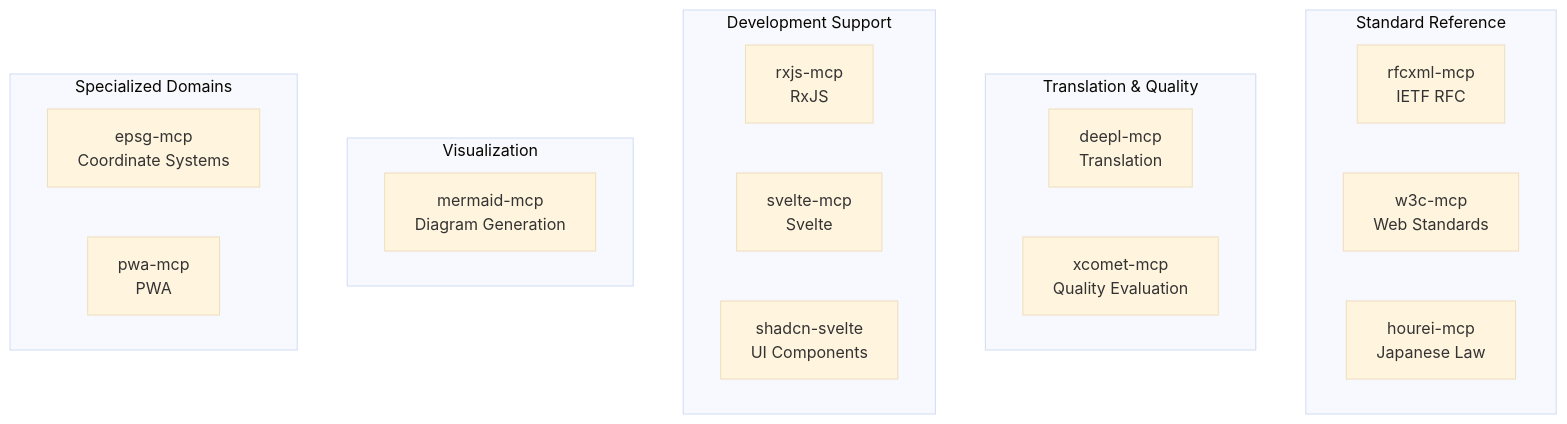
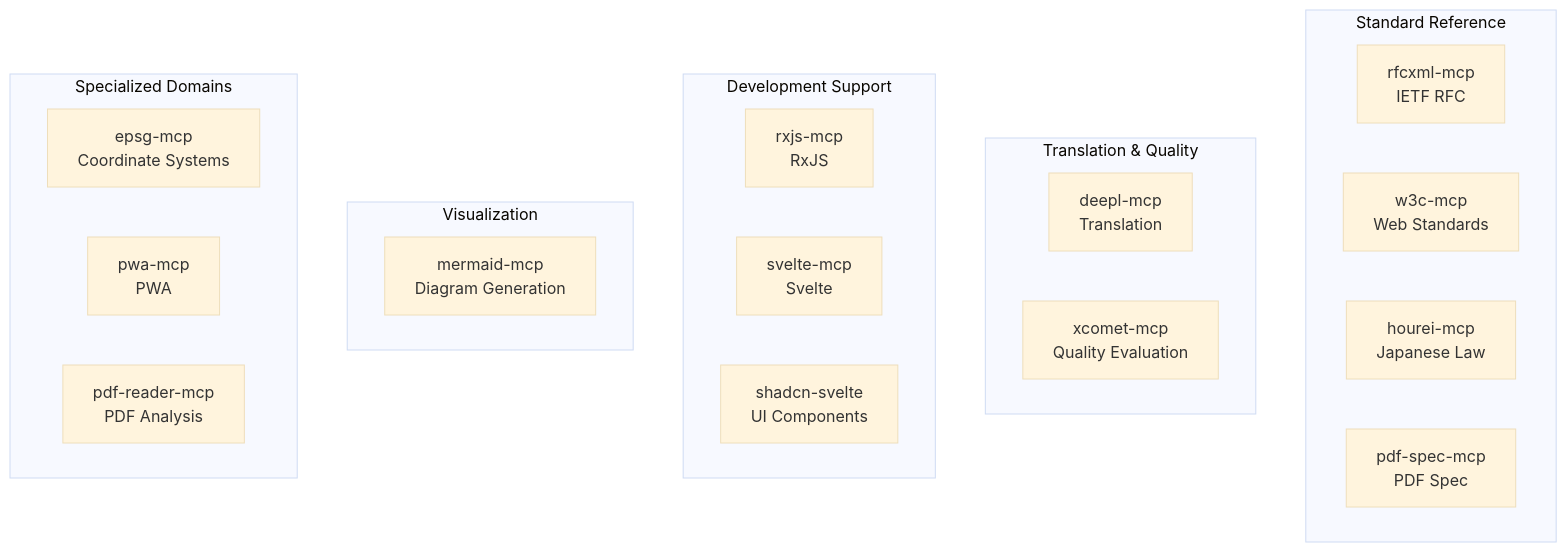
One commit to shuji-bonji/ai-agent-architecture changed the second of 5 diagrams in docs/mcp/catalog.md. Above: the diagram before and after it, drawn with Mermaid (base theme). The commit also changed other lines of this file and 7 other files, not shown here.

````diff
--- a/docs/mcp/catalog.md
+++ b/docs/mcp/catalog.md
@@ -215,28 +300,30 @@
 ```mermaid
 graph TB
     subgraph Standard Reference
         RFC[rfcxml-mcp<br/>IETF RFC]
         W3C[w3c-mcp<br/>Web Standards]
         LAW[hourei-mcp<br/>Japanese Law]
+        PDFSPEC[pdf-spec-mcp<br/>PDF Spec]
     end
 
     subgraph "Translation & Quality"
         DEEPL[deepl-mcp<br/>Translation]
         XCOMET[xcomet-mcp<br/>Quality Evaluation]
     end
 
     subgraph Development Support
         RXJS[rxjs-mcp<br/>RxJS]
         SVELTE[svelte-mcp<br/>Svelte]
         SHADCN[shadcn-svelte<br/>UI Components]
     end
 
     subgraph Visualization
         MERMAID[mermaid-mcp<br/>Diagram Generation]
     end
 
     subgraph Specialized Domains
         EPSG[epsg-mcp<br/>Coordinate Systems]
         PWA[pwa-mcp<br/>PWA]
+        PDFREADER[pdf-reader-mcp<br/>PDF Analysis]
     end
 ```
````
